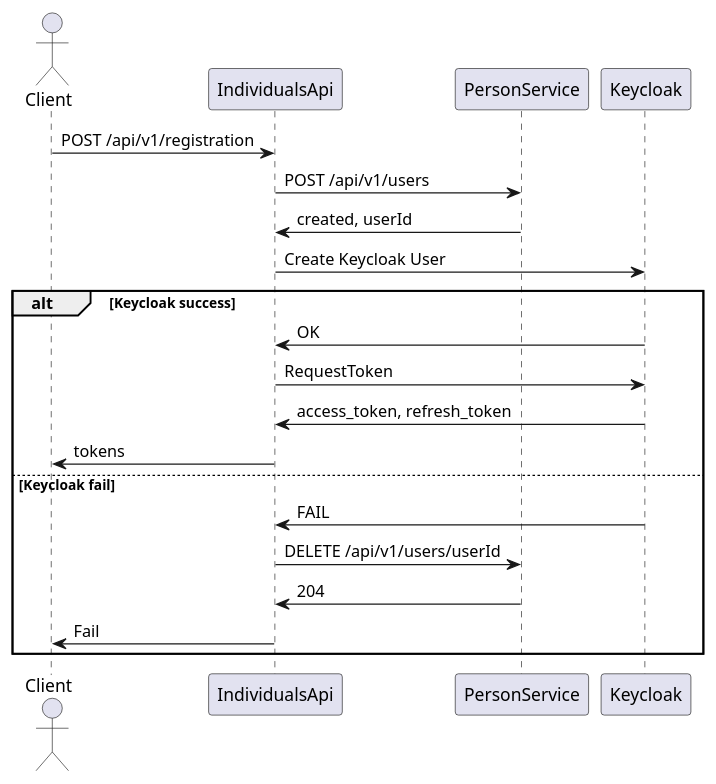
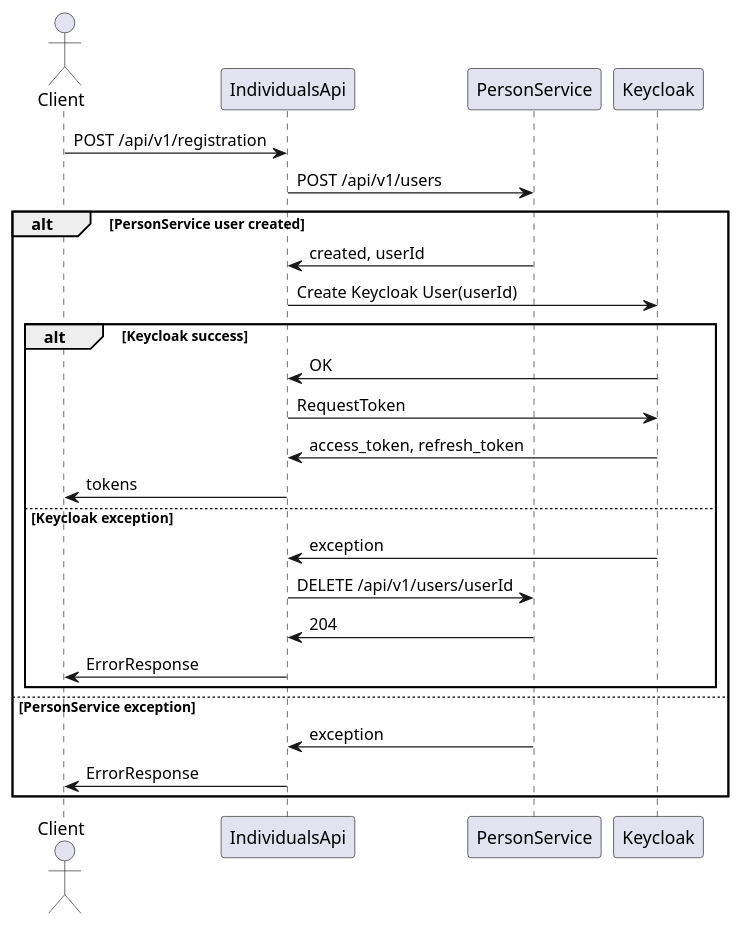
Before and after one commit to diamam90/payment-system: the diagram in diagram/registration.puml, drawn with PlantUML. The commit also changed 7 other files, not shown here.

Commit message:
добавлены диаграммы для person-service

```diff
--- a/diagram/registration.puml
+++ b/diagram/registration.puml
@@ -1,22 +1,29 @@
 @startuml
 actor Client
 participant IndividualsApi
 participant PersonService
 participant Keycloak
 
 Client -> IndividualsApi: POST /api/v1/registration
 IndividualsApi -> PersonService: POST /api/v1/users
-PersonService -> IndividualsApi: created, userId
-IndividualsApi -> Keycloak: Create Keycloak User
-alt Keycloak success
-    Keycloak -> IndividualsApi: OK
-    IndividualsApi -> Keycloak: RequestToken
-    Keycloak -> IndividualsApi: access_token, refresh_token
-    IndividualsApi -> Client: tokens
-else Keycloak fail
-    Keycloak -> IndividualsApi: FAIL
-    IndividualsApi -> PersonService: DELETE /api/v1/users/userId
-    PersonService -> IndividualsApi: 204
-    IndividualsApi -> Client: Fail
+alt PersonService user created
+    PersonService -> IndividualsApi: created, userId
+    IndividualsApi -> Keycloak: Create Keycloak User(userId)
+
+    alt Keycloak success
+        Keycloak -> IndividualsApi: OK
+        IndividualsApi -> Keycloak: RequestToken
+        Keycloak -> IndividualsApi: access_token, refresh_token
+        IndividualsApi -> Client: tokens
+    else Keycloak exception
+        Keycloak -> IndividualsApi: exception
+        IndividualsApi -> PersonService: DELETE /api/v1/users/userId
+        PersonService -> IndividualsApi: 204
+        IndividualsApi -> Client: ErrorResponse
+    end
+
+else PersonService exception
+    PersonService -> IndividualsApi: exception
+    IndividualsApi -> Client: ErrorResponse
 end
 @enduml
```
